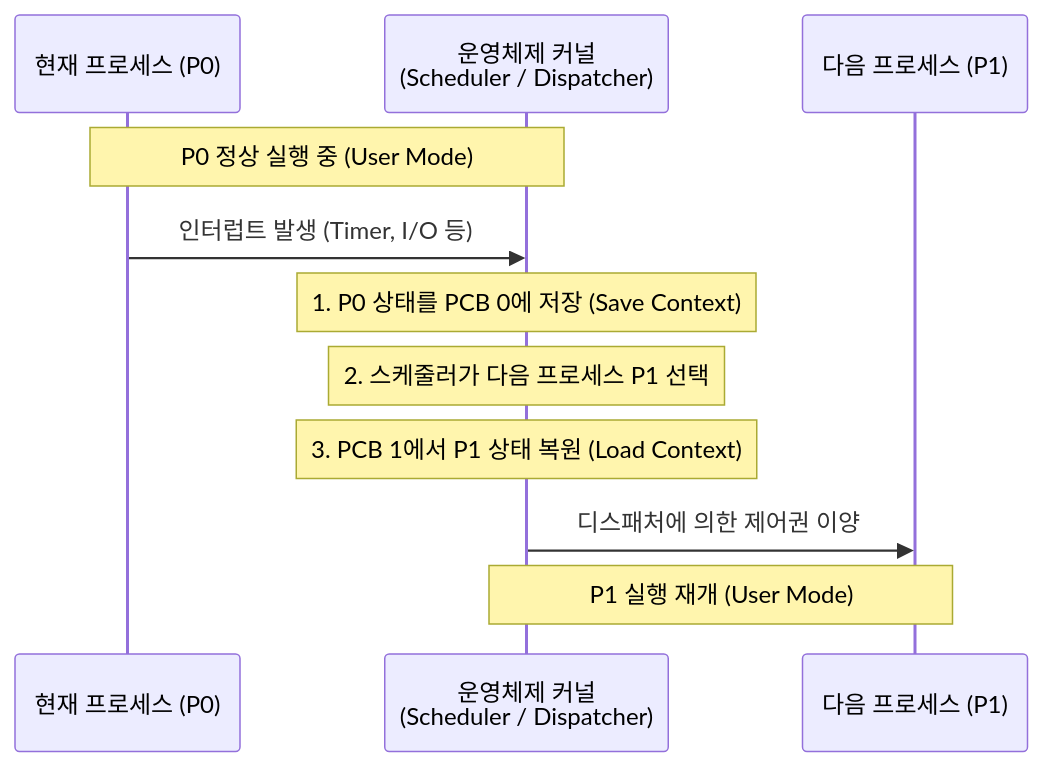
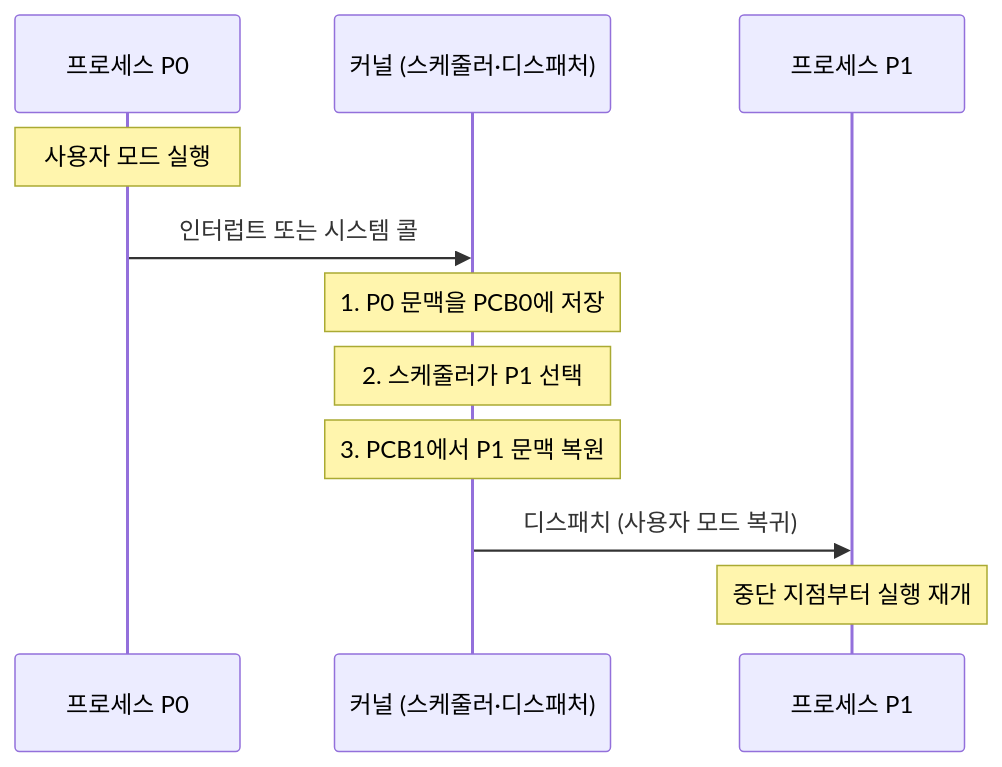
Before and after one commit to supremethumb/supremethumb.github.io: the diagram in content/01_IT Tech/문맥 교환.md, drawn with Mermaid. The commit also changed other lines of this file and 1087 other files, not shown here.

````diff
--- a/content/01_IT Tech/문맥 교환.md
+++ b/content/01_IT Tech/문맥 교환.md
@@ -30,15 +35,13 @@
 ```mermaid
 sequenceDiagram
-    participant P0 as 현재 프로세스 (P0)
-    participant OS as 운영체제 커널<br/>(Scheduler / Dispatcher)
-    participant P1 as 다음 프로세스 (P1)
-    
-    Note over P0,OS: P0 정상 실행 중 (User Mode)
-    P0->>OS: 인터럽트 발생 (Timer, I/O 등)
-    Note over OS: 1. P0 상태를 PCB 0에 저장 (Save Context)
-    Note over OS: 2. 스케줄러가 다음 프로세스 P1 선택
-    Note over OS: 3. PCB 1에서 P1 상태 복원 (Load Context)
-    OS->>P1: 디스패처에 의한 제어권 이양
-    Note over P1,OS: P1 실행 재개 (User Mode)
-
+    participant P0 as 프로세스 P0
+    participant OS as 커널 (스케줄러·디스패처)
+    participant P1 as 프로세스 P1
+    Note over P0: 사용자 모드 실행
+    P0->>OS: 인터럽트 또는 시스템 콜
+    Note over OS: 1. P0 문맥을 PCB0에 저장
+    Note over OS: 2. 스케줄러가 P1 선택
+    Note over OS: 3. PCB1에서 P1 문맥 복원
+    OS->>P1: 디스패치 (사용자 모드 복귀)
+    Note over P1: 중단 지점부터 실행 재개
 ```
````
